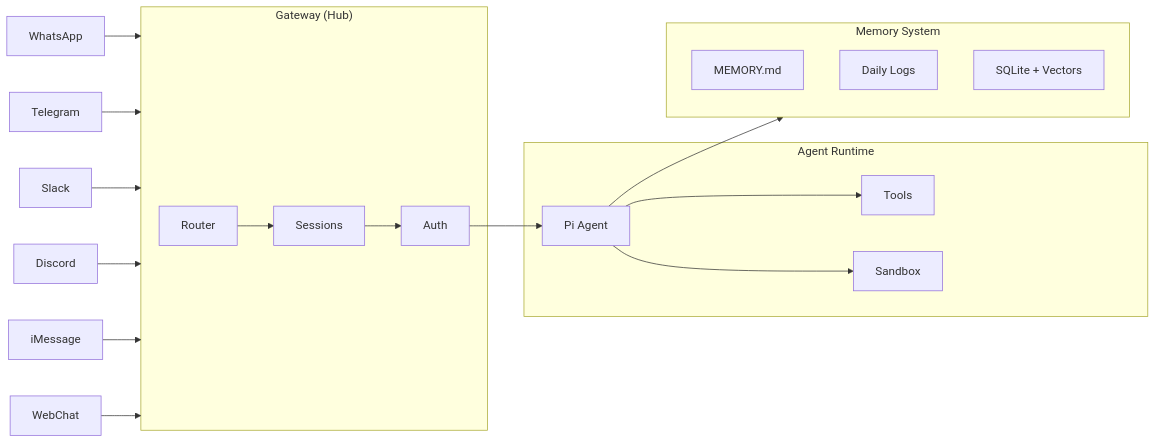
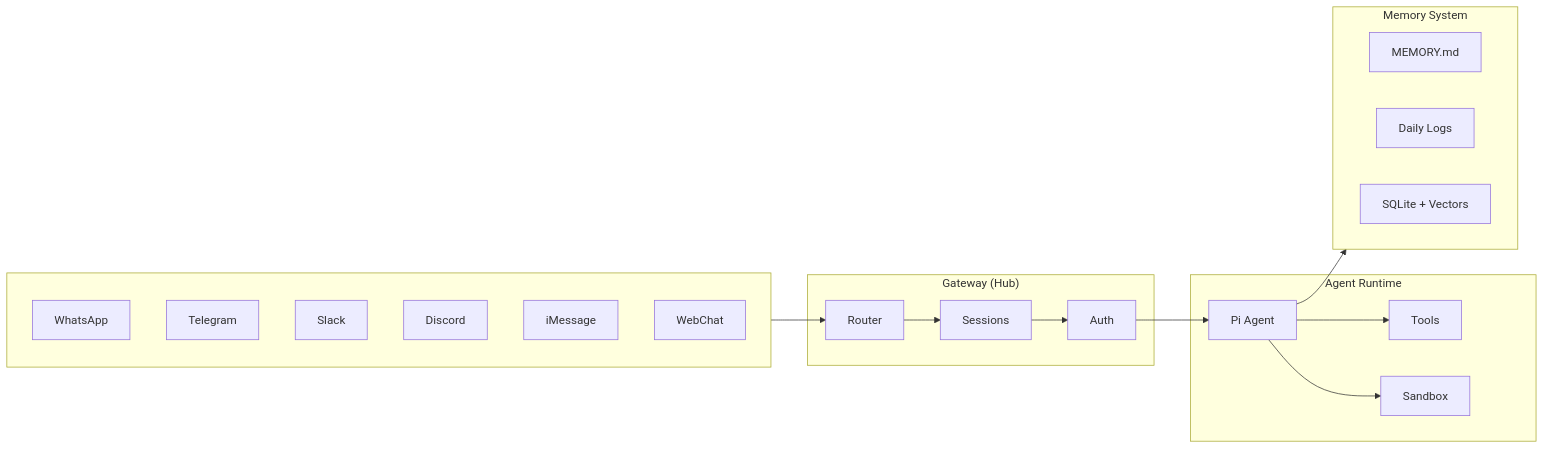
One commit to cynthialmy/cynthialmy.github.io changed the first of 9 diagrams in _posts/2026-02-27-self-evolving-ai-assistant.md. Above: the diagram before and after it, drawn with Mermaid.

````diff
--- a/_posts/2026-02-27-self-evolving-ai-assistant.md
+++ b/_posts/2026-02-27-self-evolving-ai-assistant.md
@@ -32,28 +32,35 @@
 ```mermaid
 flowchart LR
-    WA["WhatsApp"] --> GW
-    TG["Telegram"] --> GW
-    SL["Slack"] --> GW
-    DC["Discord"] --> GW
-    IM["iMessage"] --> GW
-    WC["WebChat"] --> GW
+    subgraph Channels [" "]
+        direction TB
+        WA["WhatsApp"]
+        TG["Telegram"]
+        SL["Slack"]
+        DC["Discord"]
+        IM["iMessage"]
+        WC["WebChat"]
+    end
+
+    Channels --> Router
 
     subgraph GW ["Gateway (Hub)"]
-        Router["Router"] --> Session["Sessions"] --> Auth["Auth"]
+        Router["Router"] --> Sessions["Sessions"] --> Auth["Auth"]
     end
 
     Auth --> Core
 
     subgraph Agent ["Agent Runtime"]
-        Core["Pi Agent"] --> Tools["Tools"]
+        Core["Pi Agent"]
+        Core --> Tools["Tools"]
         Core --> Sandbox["Sandbox"]
     end
 
     Core --> Memory
 
     subgraph Memory ["Memory System"]
+        direction LR
         MD["MEMORY.md"]
         Logs["Daily Logs"]
         DB["SQLite + Vectors"]
     end
 ```
````
